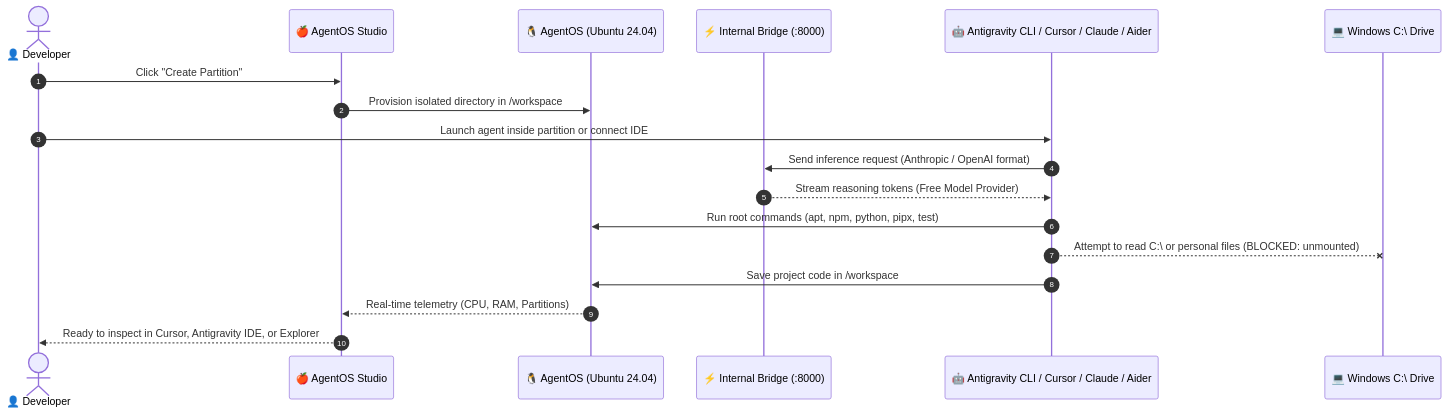
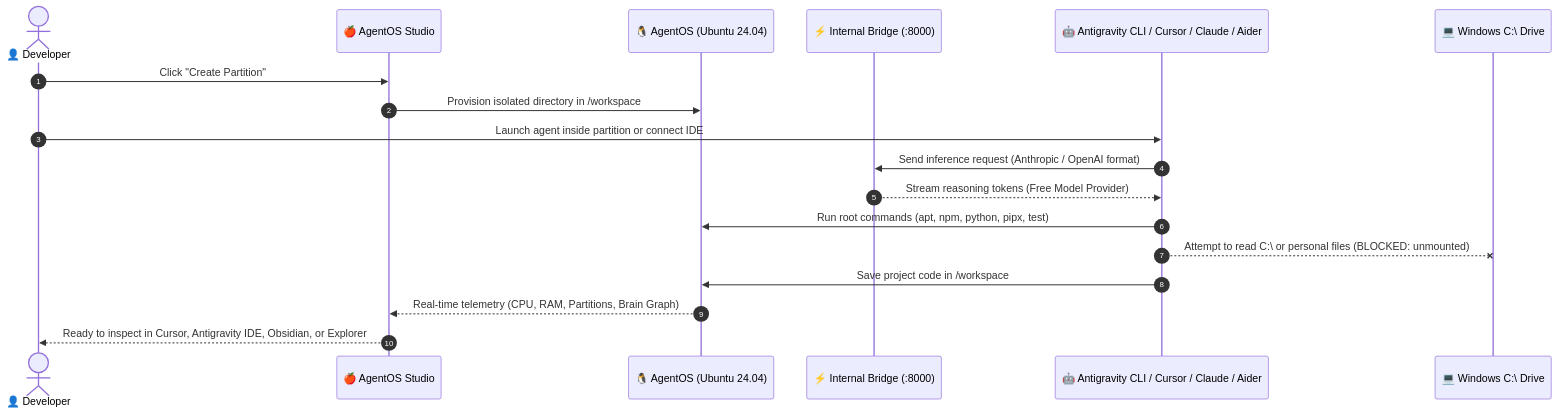
Before and after one commit to Developer-For-Git/AgentOS-Studio: the second of 2 diagrams in README.md, drawn with Mermaid. The commit also changed other lines of this file and 22 other files, not shown here.

Commit message:
feat(brain): add Obsidian interactive knowledge graph, second brain bridges, and prominent install guide

````diff
--- a/README.md
+++ b/README.md
@@ -135,21 +246,21 @@
 ```mermaid
 sequenceDiagram
     autonumber
     actor Dev as 👤 Developer
     participant Studio as 🍎 AgentOS Studio
     participant SubOS as 🐧 AgentOS (Ubuntu 24.04)
     participant Bridge as ⚡ Internal Bridge (:8000)
     participant Agent as 🤖 Antigravity CLI / Cursor / Claude / Aider
     participant Host as 💻 Windows C:\ Drive
 
     Dev->>Studio: Click "Create Partition"
     Studio->>SubOS: Provision isolated directory in /workspace
     Dev->>Agent: Launch agent inside partition or connect IDE
     Agent->>Bridge: Send inference request (Anthropic / OpenAI format)
     Bridge-->>Agent: Stream reasoning tokens (Free Model Provider)
     Agent->>SubOS: Run root commands (apt, npm, python, pipx, test)
     Agent--xHost: Attempt to read C:\ or personal files (BLOCKED: unmounted)
     Agent->>SubOS: Save project code in /workspace
-    SubOS-->>Studio: Real-time telemetry (CPU, RAM, Partitions)
-    Studio-->>Dev: Ready to inspect in Cursor, Antigravity IDE, or Explorer
+    SubOS-->>Studio: Real-time telemetry (CPU, RAM, Partitions, Brain Graph)
+    Studio-->>Dev: Ready to inspect in Cursor, Antigravity IDE, Obsidian, or Explorer
 ```
````
